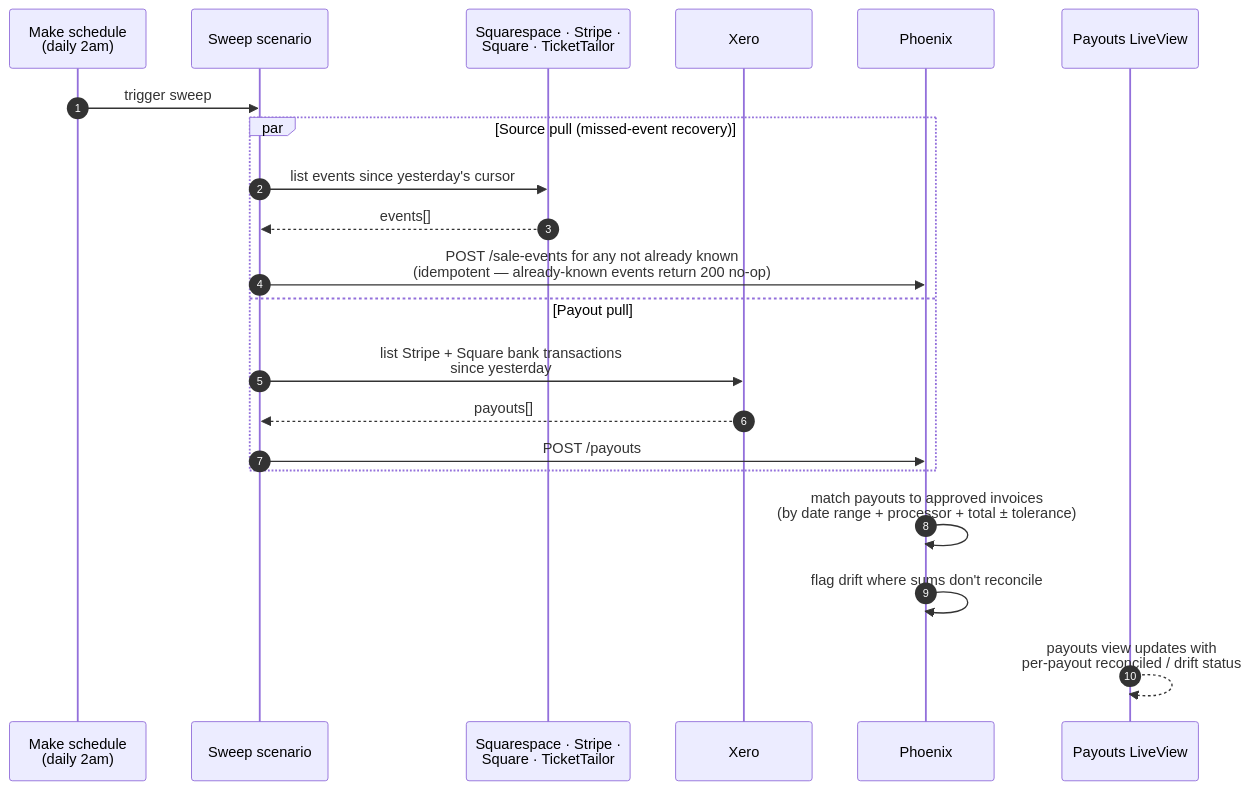
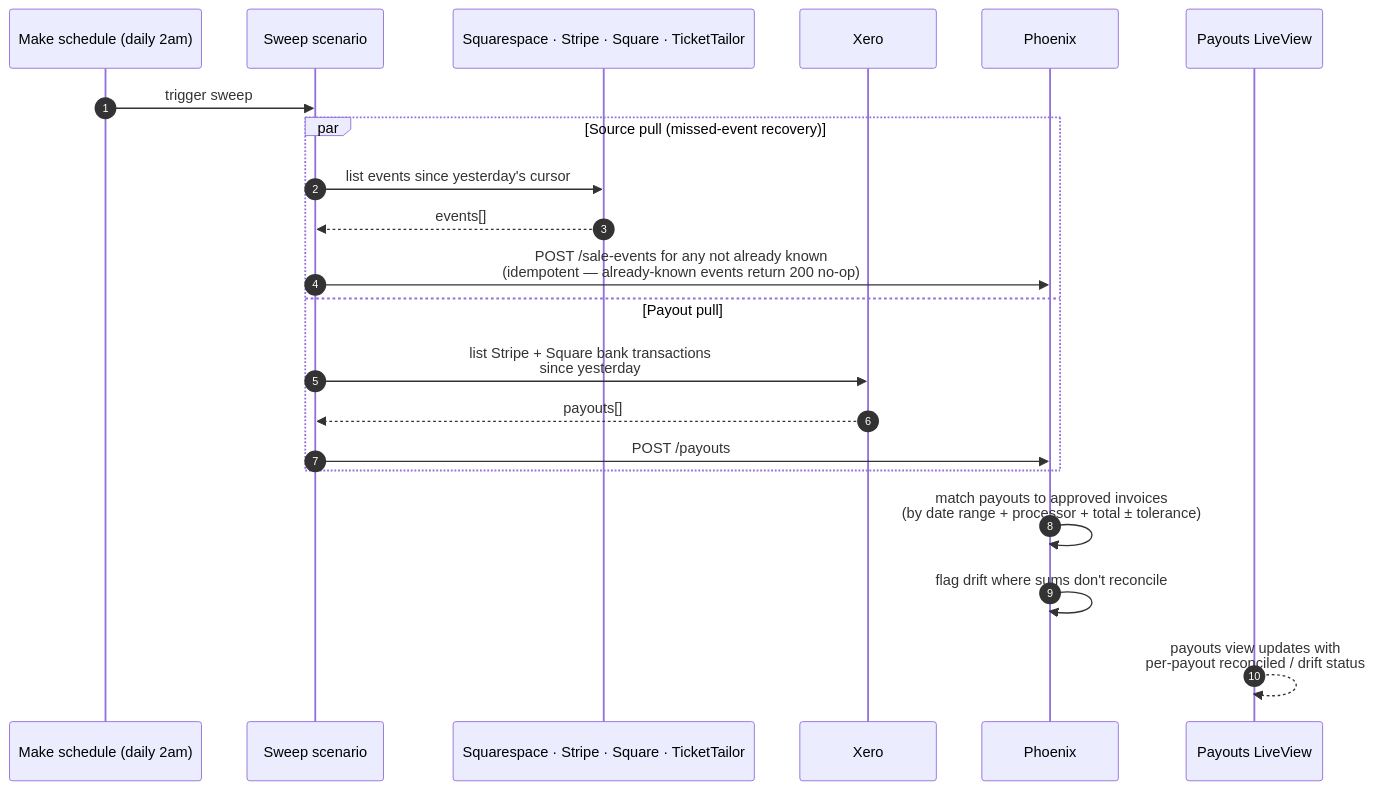
One commit to fkhawajagh/lbkmk changed the fifth of 12 diagrams in docs/solution-proposal.md. Above: the diagram before and after it, drawn with Mermaid. The commit also changed other lines of this file and 10 other files, not shown here.

First line of the commit message:
feat(docs): switch to build-time Mermaid SVG, Tokyo Night palette, click-to-zoom

````diff
--- a/docs/solution-proposal.md
+++ b/docs/solution-proposal.md
@@ -220,26 +220,26 @@
 ```mermaid
 sequenceDiagram
     autonumber
-    participant Cron as Make schedule<br/>(daily 2am)
+    participant Cron as Make schedule (daily 2am)
     participant Make as Sweep scenario
-    participant Sources as Squarespace · Stripe ·<br/>Square · TicketTailor
+    participant Sources as Squarespace · Stripe · Square · TicketTailor
     participant Xero
     participant Phoenix
     participant UI as Payouts LiveView
 
     Cron->>Make: trigger sweep
     par Source pull (missed-event recovery)
         Make->>Sources: list events since yesterday's cursor
         Sources-->>Make: events[]
         Make->>Phoenix: POST /sale-events for any not already known<br/>(idempotent — already-known events return 200 no-op)
     and Payout pull
         Make->>Xero: list Stripe + Square bank transactions<br/>since yesterday
         Xero-->>Make: payouts[]
         Make->>Phoenix: POST /payouts
     end
 
     Phoenix->>Phoenix: match payouts to approved invoices<br/>(by date range + processor + total ± tolerance)
     Phoenix->>Phoenix: flag drift where sums don't reconcile
 
     UI-->>UI: payouts view updates with<br/>per-payout reconciled / drift status
 ```
````
